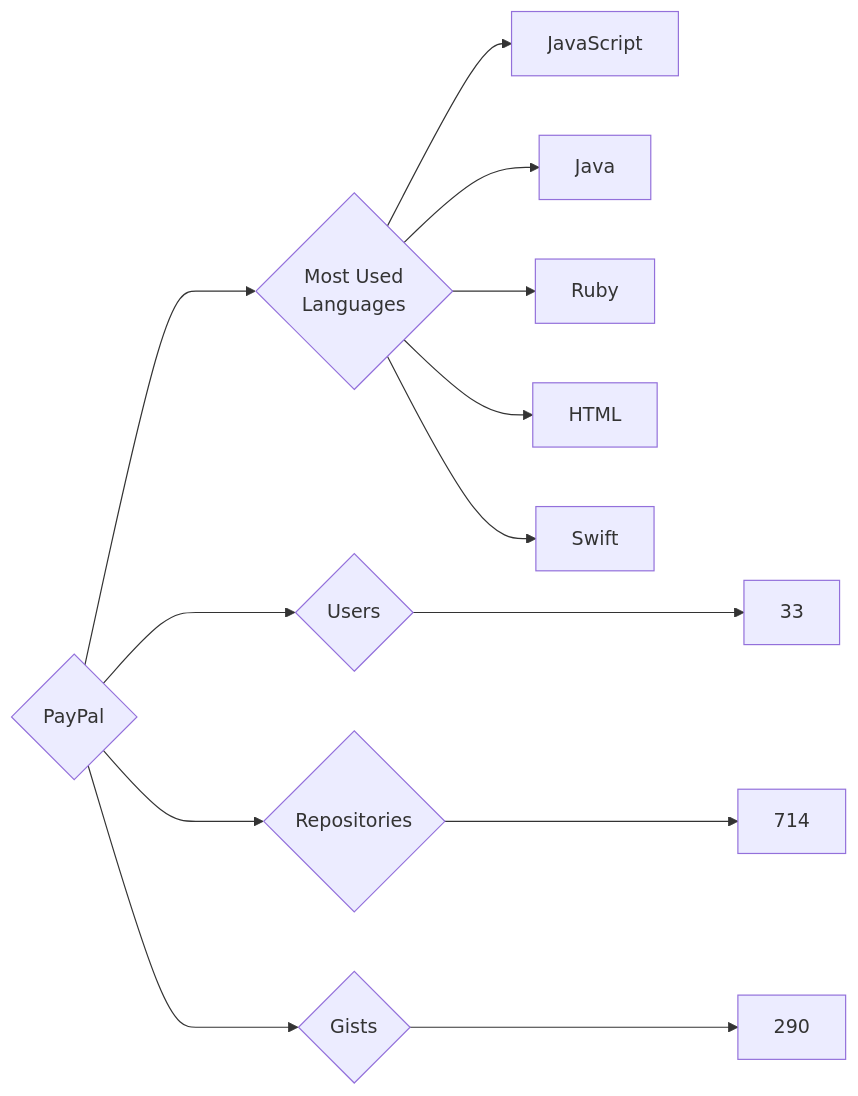
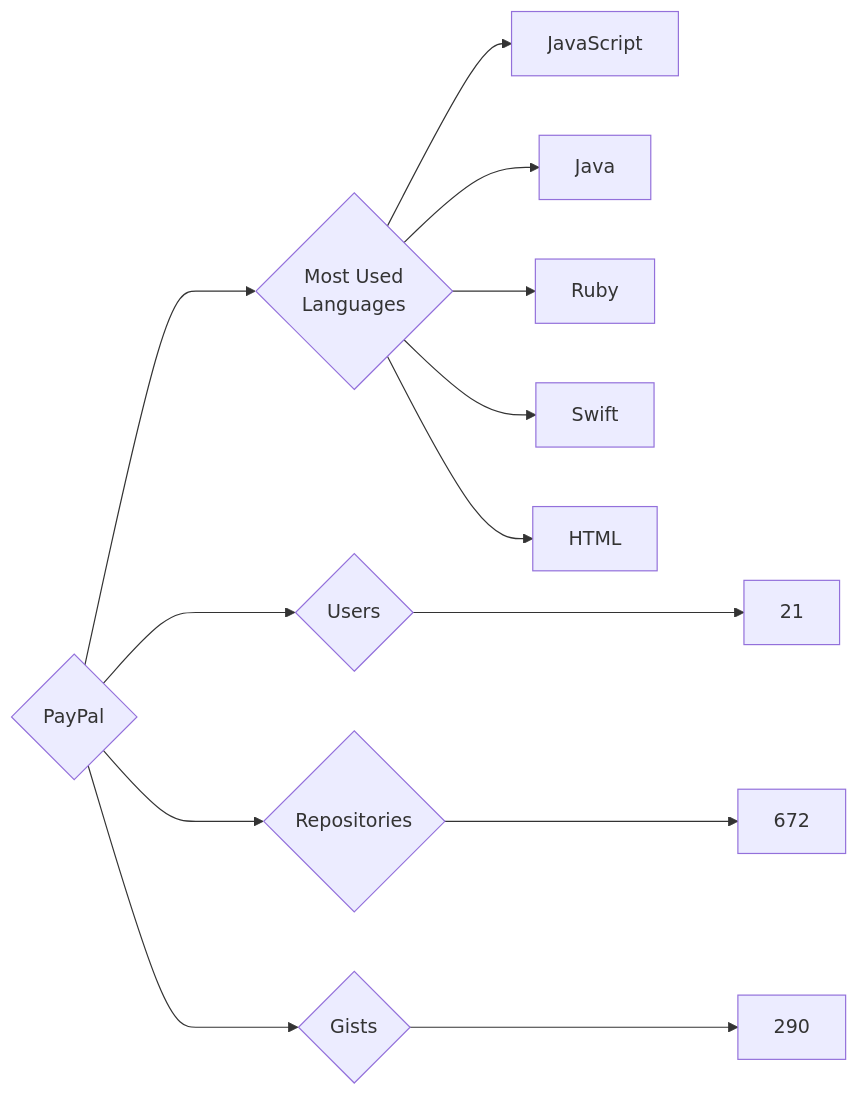
Before and after one commit to trickest/insiders: the diagram in targets/PayPal/README.md, drawn with Mermaid. The commit also changed 682 other files, not shown here.

````diff
--- a/targets/PayPal/README.md
+++ b/targets/PayPal/README.md
@@ -3,13 +3,13 @@
 ```mermaid
 graph LR
 COMPANY_NAME{PayPal}
-COMPANY_NAME ---> U{Users} ---> UN[33]
-COMPANY_NAME ---> R{Repositories} ---> RN[714]
+COMPANY_NAME ---> U{Users} ---> UN[21]
+COMPANY_NAME ---> R{Repositories} ---> RN[672]
 COMPANY_NAME ---> G{Gists} ---> GN[290]
 COMPANY_NAME ---> ML{Most Used<br>Languages}
 ML --> JavaScript[JavaScript]
 ML --> Java[Java]
 ML --> Ruby[Ruby]
+ML --> Swift[Swift]
 ML --> HTML[HTML]
-ML --> Swift[Swift]
 ```
````
